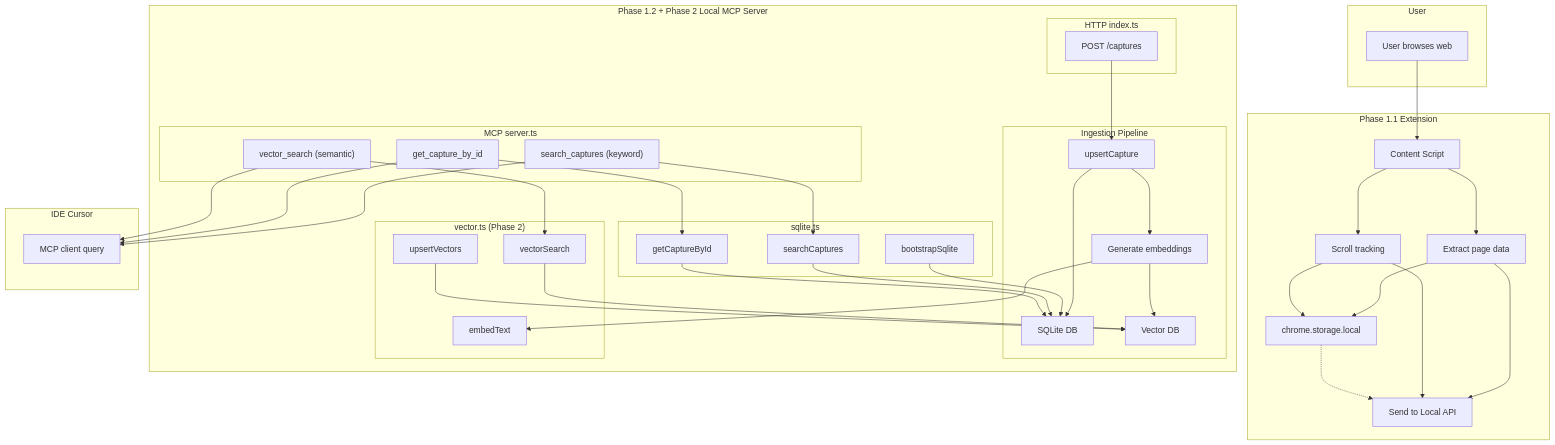
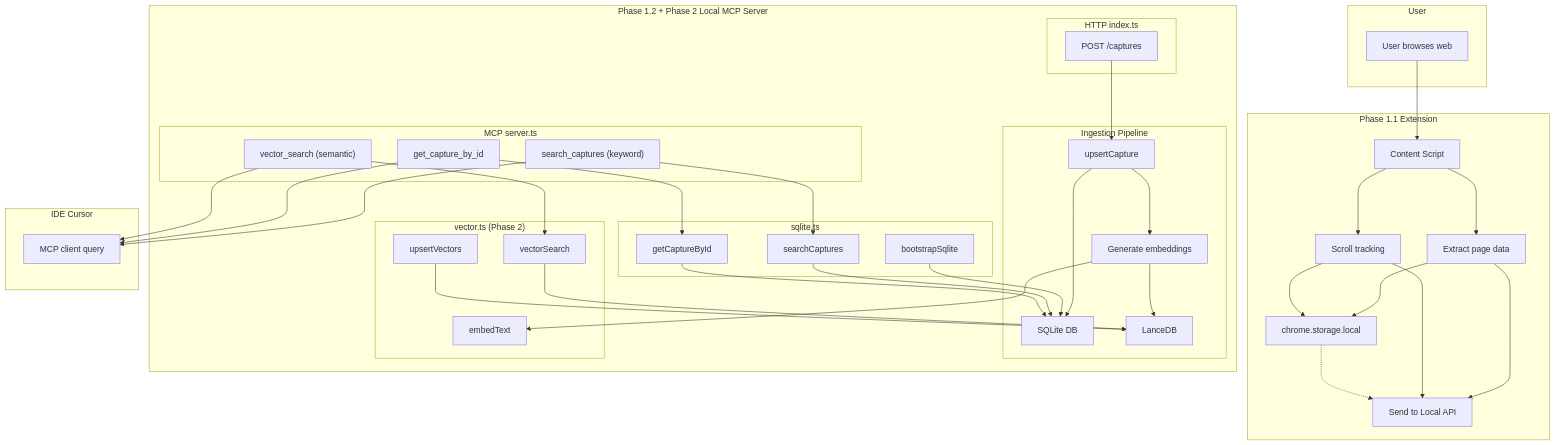
The diagram in phases/phase2/phase2.md (kyhsdjq/surfrag), drawn with Mermaid before and after one commit. The commit also changed other lines of this file and 14 other files, not shown here.

````diff
--- a/phases/phase2/phase2.md
+++ b/phases/phase2/phase2.md
@@ -16,68 +16,68 @@
 ```mermaid
 flowchart TB
     subgraph "User"
         A["User browses web"]
     end
 
     subgraph "Phase 1.1 Extension"
         B["Content Script"]
         C["Extract page data"]
         D["Scroll tracking"]
         E["chrome.storage.local"]
         F["Send to Local API"]
     end
 
     subgraph "Phase 1.2 + Phase 2 Local MCP Server"
         subgraph "HTTP index.ts"
             G["POST /captures"]
         end
         subgraph "Ingestion Pipeline"
             G --> H2
             H2 --> K
             H2 --> EMB["Generate embeddings"]
-            EMB --> VDB["Vector DB"]
+            EMB --> VDB["LanceDB"]
         end
         subgraph "sqlite.ts"
             H1["bootstrapSqlite"]
             H2["upsertCapture"]
             H3["searchCaptures"]
             H4["getCaptureById"]
         end
         subgraph "vector.ts (Phase 2)"
             V1["embedText"]
             V2["upsertVectors"]
             V3["vectorSearch"]
         end
         subgraph "MCP server.ts"
             I["search_captures (keyword)"]
             J["get_capture_by_id"]
             NEW["vector_search (semantic)"]
         end
         K["SQLite DB"]
     end
 
     subgraph "IDE Cursor"
         L["MCP client query"]
     end
 
     A --> B
     B --> C
     B --> D
     C --> E
     C --> F
     D --> E
     D --> F
     E -.-> F
     H1 --> K
     I --> H3
     H3 --> K
     J --> H4
     H4 --> K
     NEW --> V3
     V3 --> VDB
     EMB --> V1
     V2 --> VDB
     I --> L
     J --> L
     NEW --> L
 ```
````
